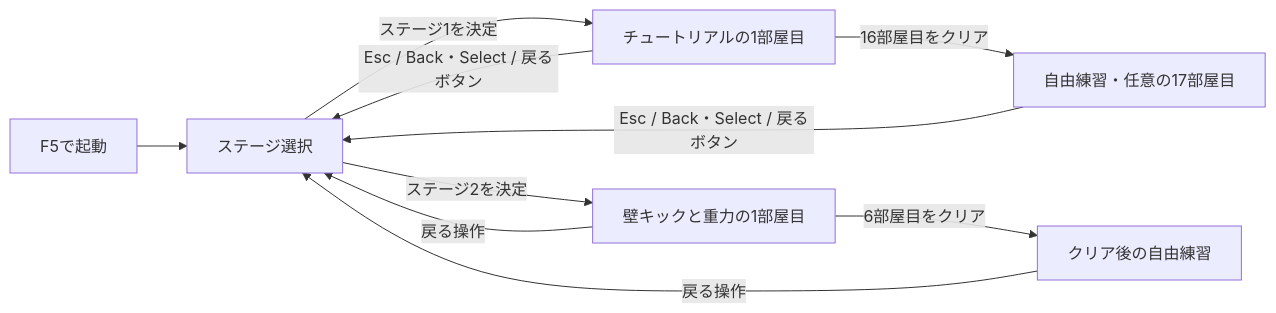
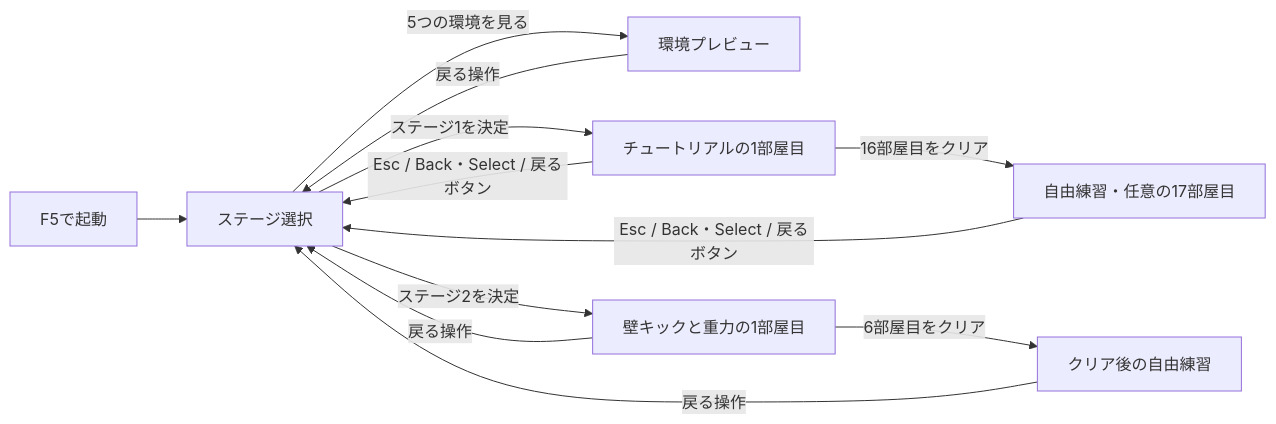
Before and after one commit to Foxy-null/2d-space: the diagram in docs/stage-selection.md, drawn with Mermaid. The commit also changed other lines of this file and 67 other files, not shown here.

````diff
--- a/docs/stage-selection.md
+++ b/docs/stage-selection.md
@@ -44,12 +46,14 @@
 ```mermaid
 flowchart LR
     Start[F5で起動] --> Select[ステージ選択]
+    Select -->|5つの環境を見る| Preview[環境プレビュー]
+    Preview -->|戻る操作| Select
     Select -->|ステージ1を決定| Tutorial[チュートリアルの1部屋目]
     Select -->|ステージ2を決定| Stage2[壁キックと重力の1部屋目]
     Stage2 -->|6部屋目をクリア| Stage2Practice[クリア後の自由練習]
     Stage2 -->|戻る操作| Select
     Stage2Practice -->|戻る操作| Select
     Tutorial -->|16部屋目をクリア| Practice[自由練習・任意の17部屋目]
     Tutorial -->|Esc / Back・Select / 戻るボタン| Select
     Practice -->|Esc / Back・Select / 戻るボタン| Select
 ```
````
